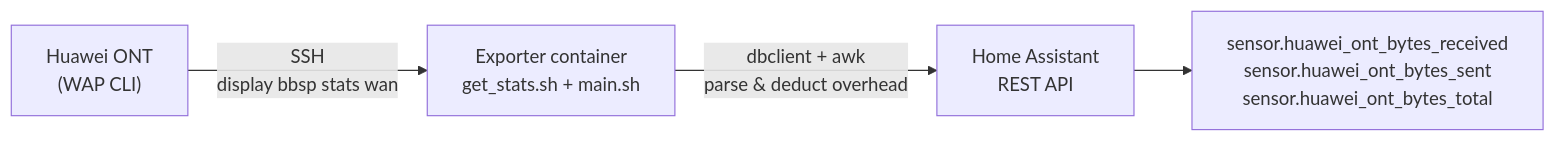
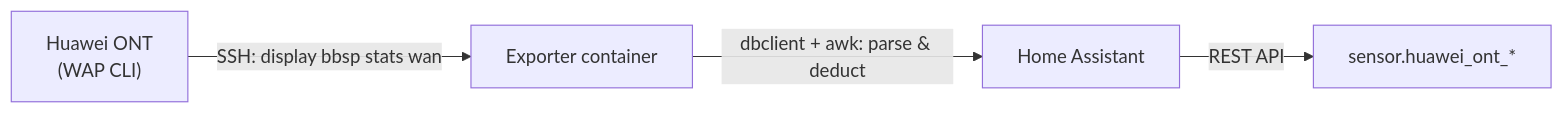
Before and after one commit to YasogaN/ha-huawei-ont-exporter: the diagram in README.md, drawn with Mermaid. The commit also changed other lines of this file, not shown here.

````diff
--- a/README.md
+++ b/README.md
@@ -13,6 +9,11 @@
 ```mermaid
 flowchart LR
-    A["Huawei ONT<br/>(WAP CLI)"] -->|"SSH<br/>display bbsp stats wan"| B["Exporter container<br/>get_stats.sh + main.sh"]
-    B -->|"dbclient + awk<br/>parse &amp; deduct overhead"| C["Home Assistant<br/>REST API"]
-    C --> D["sensor.huawei_ont_bytes_received<br/>sensor.huawei_ont_bytes_sent<br/>sensor.huawei_ont_bytes_total"]
+    A["Huawei ONT<br/>(WAP CLI)"]
+    B["Exporter container"]
+    C["Home Assistant"]
+    D["sensor.huawei_ont_*"]
+
+    A -->|"SSH: display bbsp stats wan"| B
+    B -->|"dbclient + awk: parse &amp; deduct"| C
+    C -->|"REST API"| D
 ```
````
